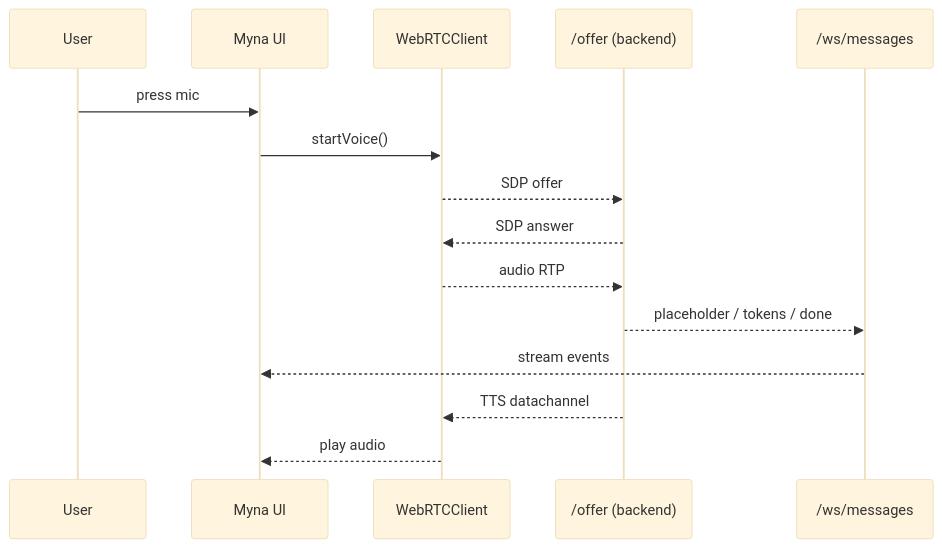
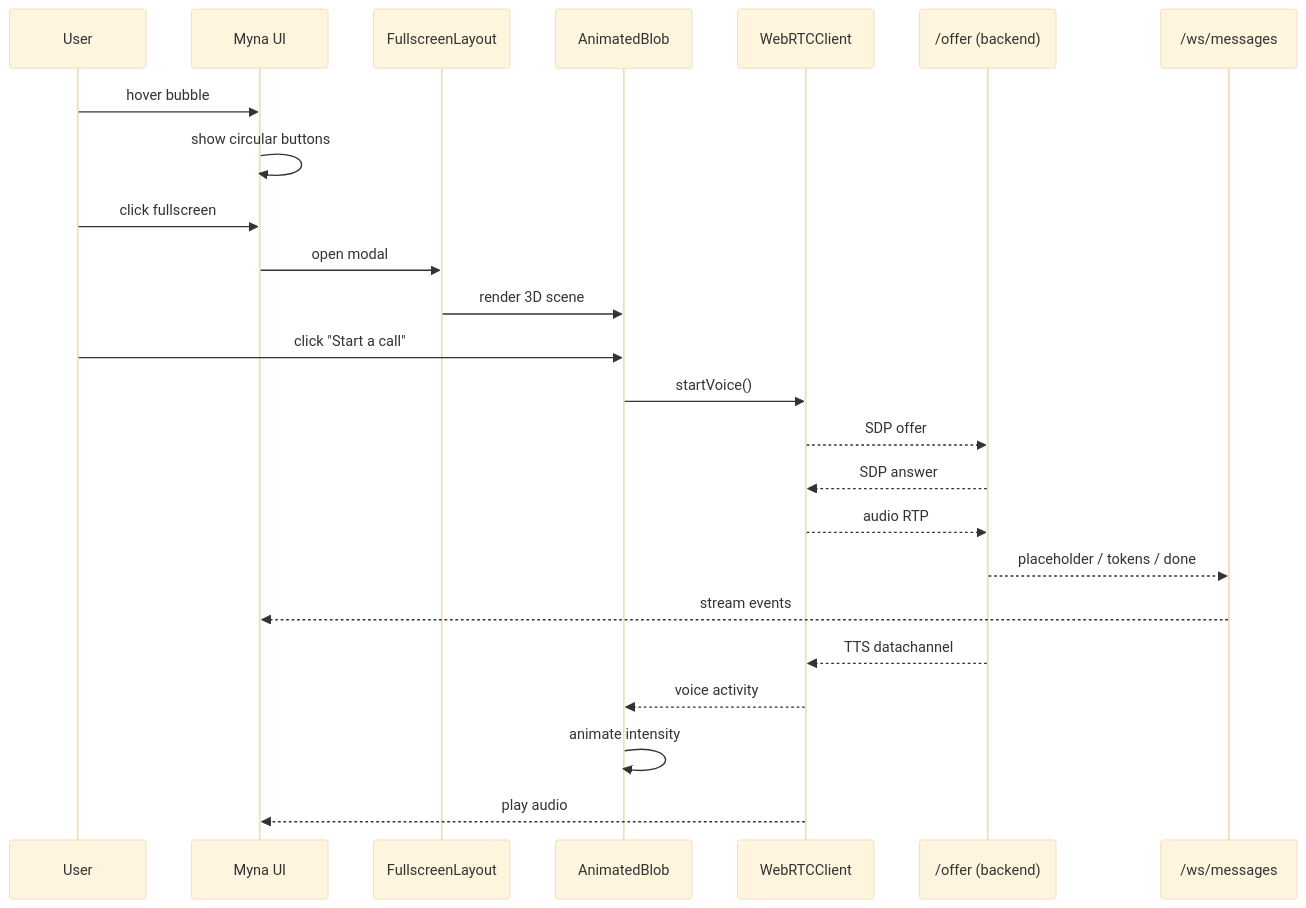
Before and after one commit to marmikcfc/ada: the fifth of 6 diagrams in docs/myna_prd_design.md, drawn with Mermaid (base theme). The commit also changed other lines of this file and 19 other files, not shown here.

````diff
--- a/docs/myna_prd_design.md
+++ b/docs/myna_prd_design.md
@@ -227,18 +378,27 @@
 ```mermaid
 sequenceDiagram
   participant User
   participant UI as Myna UI
+  participant FS as FullscreenLayout
+  participant Blob as AnimatedBlob
   participant RTC as WebRTCClient
   participant API as /offer (backend)
   participant WS as /ws/messages
 
-  User->>UI: press mic
-  UI->>RTC: startVoice()
+  User->>UI: hover bubble
+  UI->>UI: show circular buttons
+  User->>UI: click fullscreen
+  UI->>FS: open modal
+  FS->>Blob: render 3D scene
+  User->>Blob: click "Start a call"
+  Blob->>RTC: startVoice()
   RTC-->>API: SDP offer
   API-->>RTC: SDP answer
   RTC-->>API: audio RTP
   API-->>WS: placeholder / tokens / done
   WS-->>UI: stream events
   API-->>RTC: TTS datachannel
+  RTC-->>Blob: voice activity
+  Blob->>Blob: animate intensity
   RTC-->>UI: play audio
 ```
````
